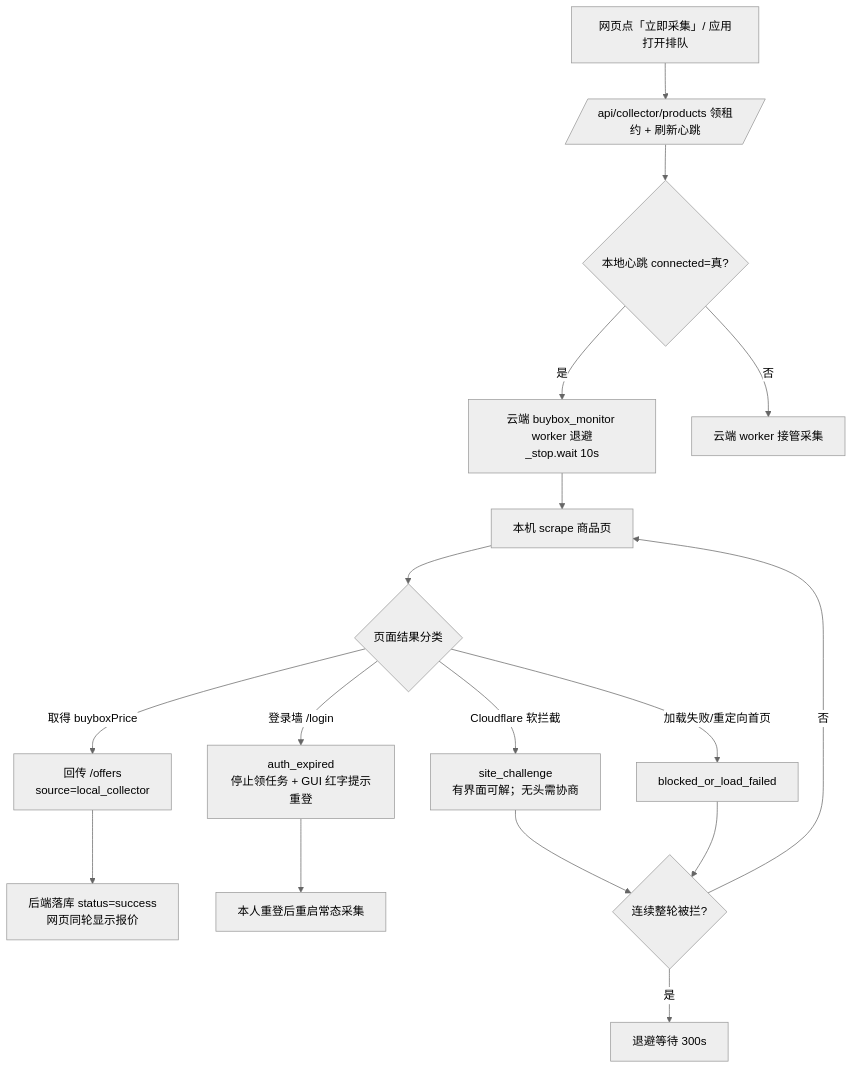
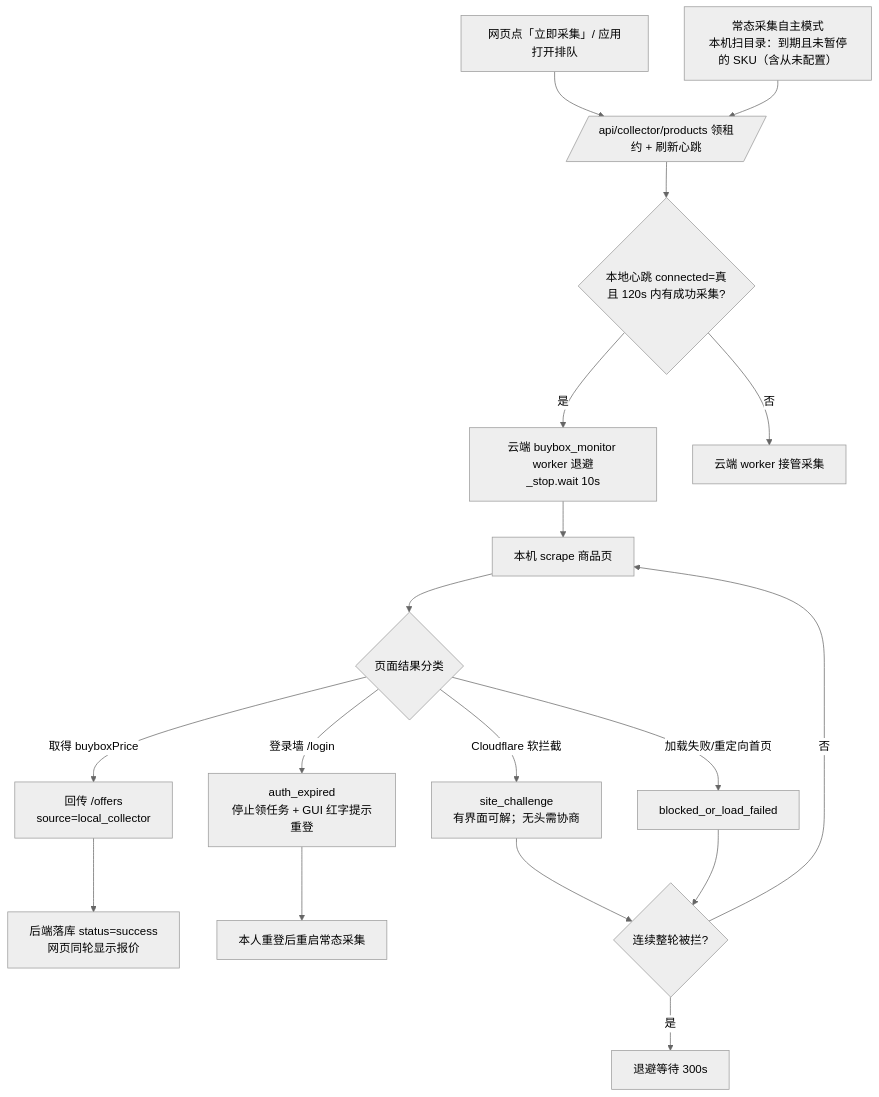
The diagram in tools/native-collector/DESIGN.md (urban-electronic/takealot-selector), drawn with Mermaid (neutral theme) before and after one commit. The commit also changed other lines of this file and 2 other files, not shown here.

````diff
--- a/tools/native-collector/DESIGN.md
+++ b/tools/native-collector/DESIGN.md
@@ -53,19 +79,20 @@
 ```mermaid
 flowchart TD
     A[网页点「立即采集」/ 应用打开排队] --> B[/api/collector/products 领租约 + 刷新心跳/]
-    B --> C{本地心跳 connected=真?}
+    A2[常态采集自主模式<br/>本机扫目录：到期且未暂停的 SKU（含从未配置）] --> B
+    B --> C{本地心跳 connected=真<br/>且 120s 内有成功采集?}
     C -- 是 --> D[云端 buybox_monitor worker 退避<br/>_stop.wait 10s]
     C -- 否 --> E[云端 worker 接管采集]
     D --> F[本机 scrape 商品页]
     F --> G{页面结果分类}
     G -- 取得 buyboxPrice --> H[回传 /offers<br/>source=local_collector]
     G -- 登录墙 /login --> I[auth_expired<br/>停止领任务 + GUI 红字提示重登]
     G -- Cloudflare 软拦截 --> J[site_challenge<br/>有界面可解；无头需协商]
     G -- 加载失败/重定向首页 --> K[blocked_or_load_failed]
     I --> L[本人重登后重启常态采集]
     J --> M{连续整轮被拦?}
     K --> M
     M -- 是 --> N[退避等待 300s]
     M -- 否 --> F
     H --> O[后端落库 status=success<br/>网页同轮显示报价]
 ```
````
